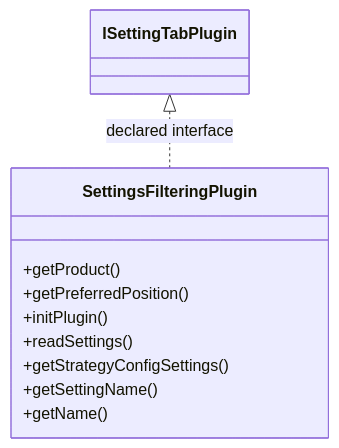
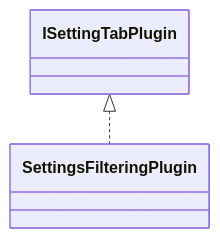
The diagram in docs/sqx/Shared/SettingsClearDatabanks.md (haruperi/HaruQuantAI), drawn with Mermaid before and after one commit. The commit also changed other lines of this file and 1688 other files, not shown here.

````diff
--- a/docs/sqx/Shared/SettingsClearDatabanks.md
+++ b/docs/sqx/Shared/SettingsClearDatabanks.md
@@ -30,14 +26,6 @@
 ```mermaid
 classDiagram
-    class Ca414c9bf52ab["SettingsFilteringPlugin"] {
-        +getProduct()
-        +getPreferredPosition()
-        +initPlugin()
-        +readSettings()
-        +getStrategyConfigSettings()
-        +getSettingName()
-        +getName()
-    }
-    class C27734eb41505["ISettingTabPlugin"]
-    C27734eb41505 <|.. Ca414c9bf52ab : declared interface
+    class C0["SettingsFilteringPlugin"]
+    class E0["ISettingTabPlugin"]
+    E0 <|.. C0
 ```
````
